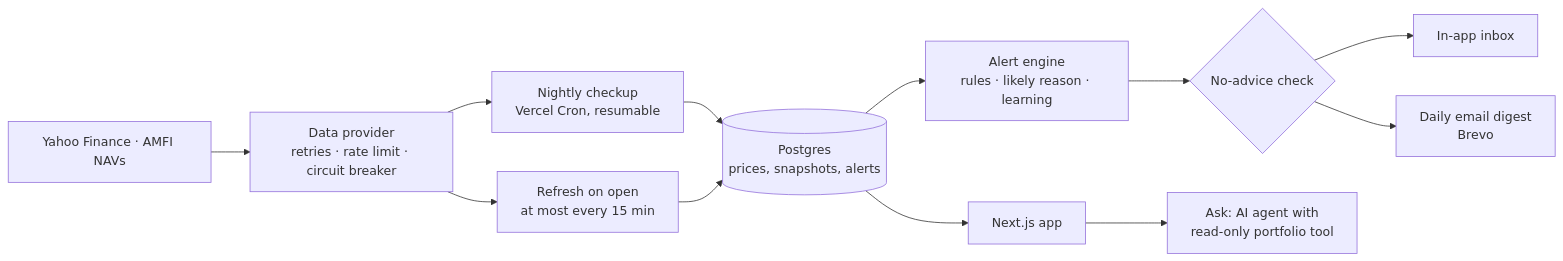
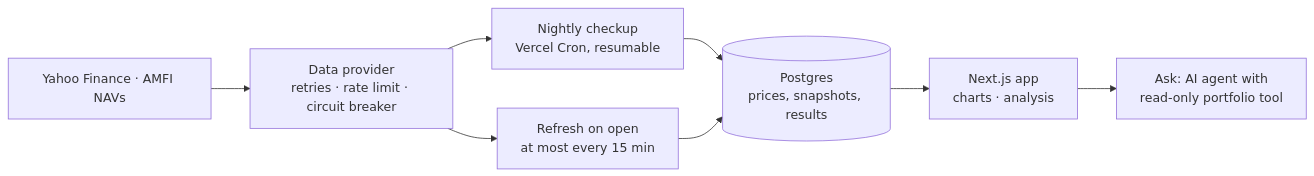
One commit to sakshamm21/Nazar changed the diagram in README.md. Above: the diagram before and after it, drawn with Mermaid. The commit also changed other lines of this file and 100 other files, not shown here.

````diff
--- a/README.md
+++ b/README.md
@@ -48,14 +47,10 @@
 ```mermaid
 flowchart LR
   Y[Yahoo Finance · AMFI NAVs] --> P[Data provider<br/>retries · rate limit · circuit breaker]
   P --> N[Nightly checkup<br/>Vercel Cron, resumable]
-  N --> DB[(Postgres<br/>prices, snapshots, alerts)]
-  DB --> E[Alert engine<br/>rules · likely reason · learning]
-  E --> G{No-advice check}
-  G --> I[In-app inbox]
-  G --> M[Daily email digest<br/>Brevo]
+  N --> DB[(Postgres<br/>prices, snapshots, results)]
   P --> R[Refresh on open<br/>at most every 15 min]
   R --> DB
-  DB --> UI[Next.js app]
+  DB --> UI[Next.js app<br/>charts · analysis]
   UI --> A[Ask: AI agent with<br/>read-only portfolio tool]
 ```
````
